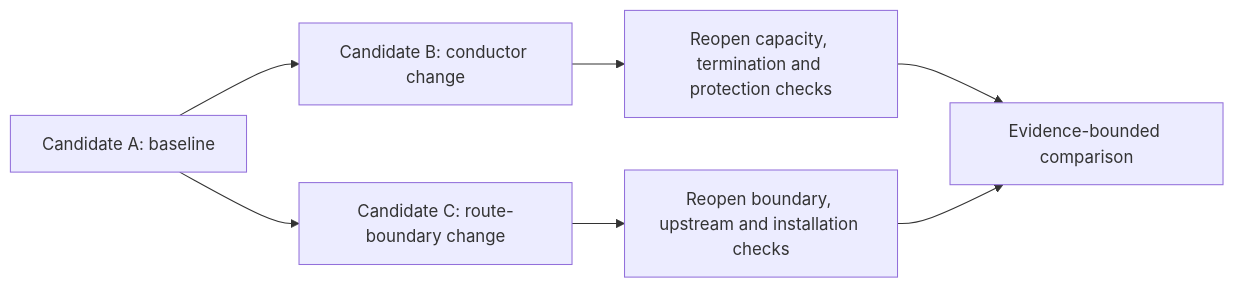
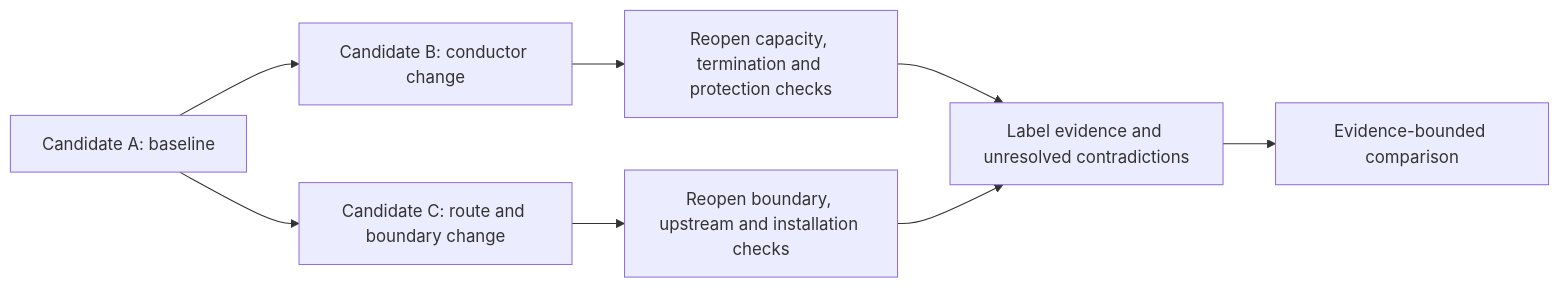
The third of 3 diagrams in docs/learning-plans/12-week/modules/day-30-voltage-drop-interpretation-and-design-iteration.md (andrew3stedall/capstone), drawn with Mermaid before and after one commit. The commit also changed other lines of this file, not shown here.

````diff
--- a/docs/learning-plans/12-week/modules/day-30-voltage-drop-interpretation-and-design-iteration.md
+++ b/docs/learning-plans/12-week/modules/day-30-voltage-drop-interpretation-and-design-iteration.md
@@ -107,9 +173,10 @@
 ```mermaid
 flowchart LR
     A["Candidate A: baseline"] --> B["Candidate B: conductor change"]
-    A --> C["Candidate C: route-boundary change"]
+    A --> C["Candidate C: route and boundary change"]
     B --> D["Reopen capacity, termination and protection checks"]
     C --> E["Reopen boundary, upstream and installation checks"]
-    D --> F["Evidence-bounded comparison"]
+    D --> F["Label evidence and unresolved contradictions"]
     E --> F
+    F --> G["Evidence-bounded comparison"]
 ```
````
